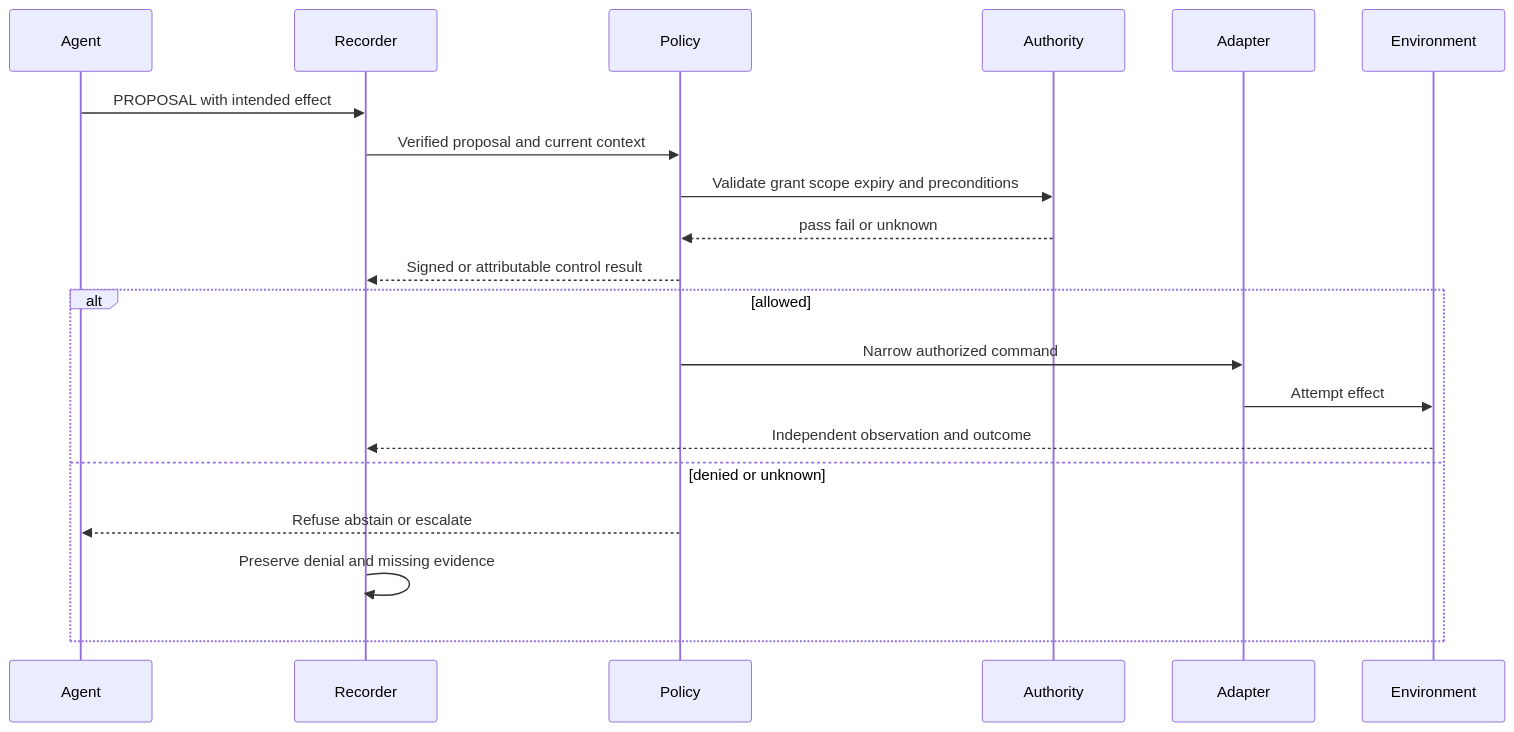
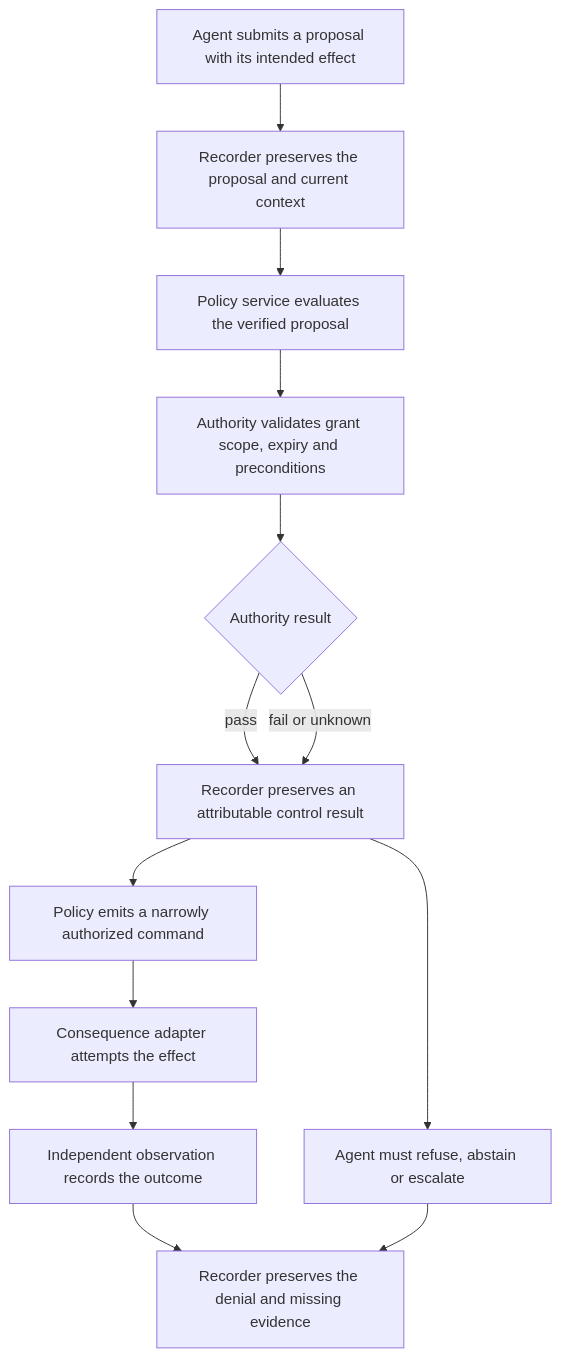
The seventh of 13 diagrams in ARCHITECTURE.md (AAH20/robot-black-box), drawn with Mermaid before and after one commit. The commit also changed other lines of this file and 1 other file, not shown here.

Commit message:
Fix GitHub Mermaid rendering compatibility

````diff
--- a/ARCHITECTURE.md
+++ b/ARCHITECTURE.md
@@ -241,23 +236,18 @@
 ```mermaid
-sequenceDiagram
-  participant Agent
-  participant Recorder
-  participant Policy
-  participant Authority
-  participant Adapter
-  participant Environment
+flowchart TD
+  PROPOSAL[Agent submits a proposal with its intended effect]
+  RECORD[Recorder preserves the proposal and current context]
+  POLICY[Policy service evaluates the verified proposal]
+  AUTHORITY[Authority validates grant scope, expiry and preconditions]
+  RESULT{Authority result}
+  CONTROL[Recorder preserves an attributable control result]
+  COMMAND[Policy emits a narrowly authorized command]
+  ADAPTER[Consequence adapter attempts the effect]
+  ENVIRONMENT[Independent observation records the outcome]
+  REFUSE[Agent must refuse, abstain or escalate]
+  PRESERVE[Recorder preserves the denial and missing evidence]
 
-  Agent->>Recorder: PROPOSAL with intended effect
-  Recorder->>Policy: Verified proposal and current context
-  Policy->>Authority: Validate grant scope expiry and preconditions
-  Authority-->>Policy: pass fail or unknown
-  Policy-->>Recorder: Signed or attributable control result
-  alt allowed
-    Policy->>Adapter: Narrow authorized command
-    Adapter->>Environment: Attempt effect
-    Environment-->>Recorder: Independent observation and outcome
-  else denied or unknown
-    Policy-->>Agent: Refuse abstain or escalate
-    Recorder->>Recorder: Preserve denial and missing evidence
-  end
+  PROPOSAL --> RECORD --> POLICY --> AUTHORITY --> RESULT
+  RESULT -->|pass| CONTROL --> COMMAND --> ADAPTER --> ENVIRONMENT --> PRESERVE
+  RESULT -->|fail or unknown| CONTROL --> REFUSE --> PRESERVE
 ```
````
